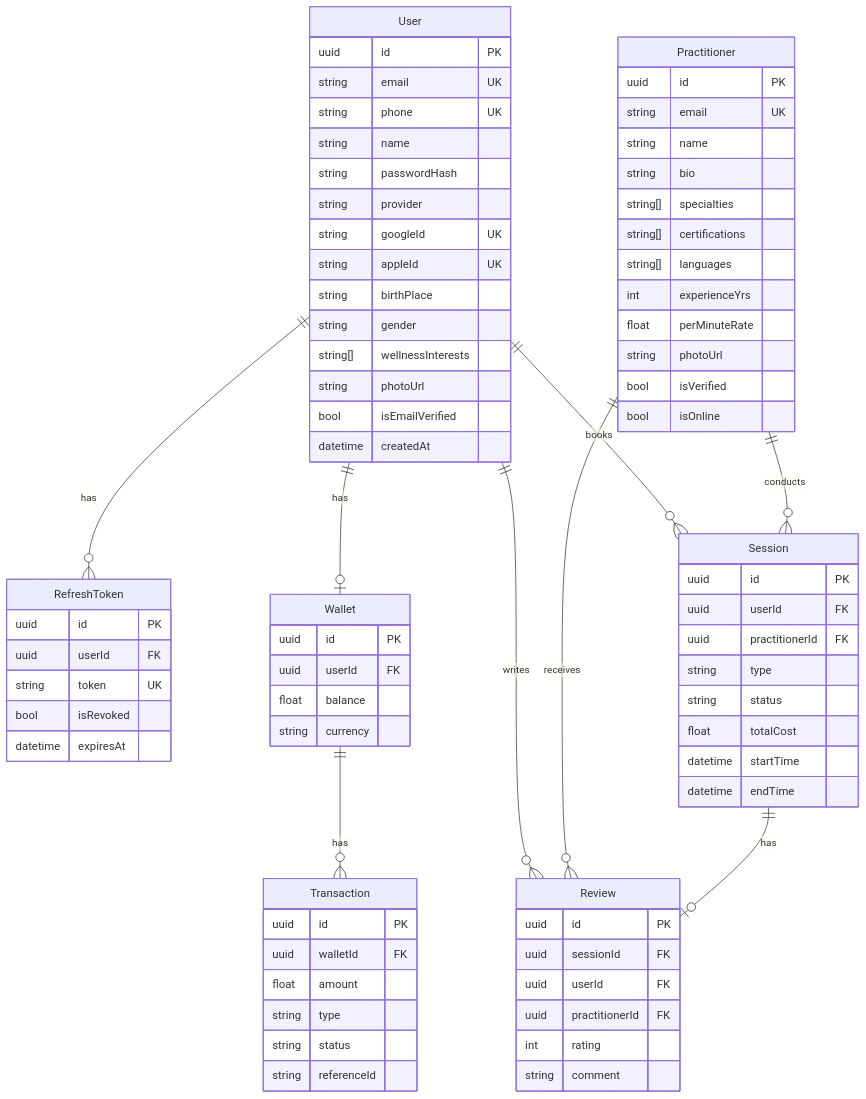
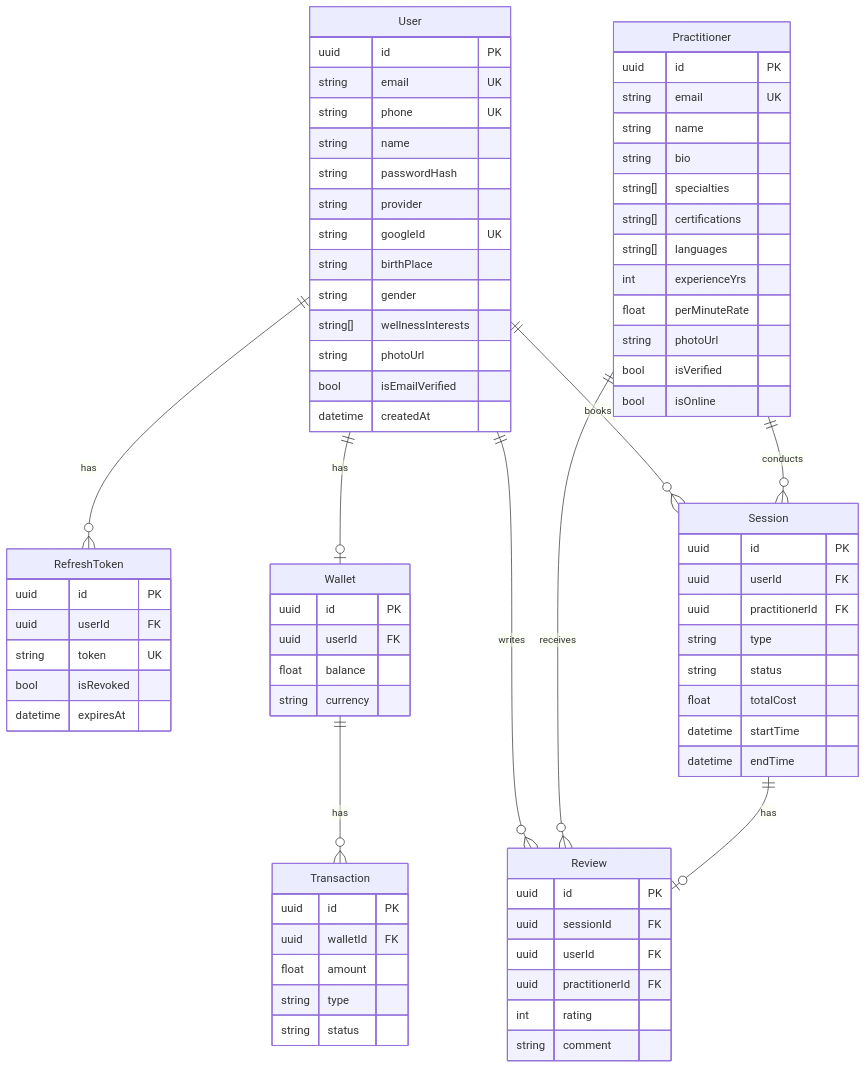
The second of 2 diagrams in README.md (DeepakdevilB/Heal_Connect), drawn with Mermaid before and after one commit. The commit also changed other lines of this file, not shown here.

````diff
--- a/README.md
+++ b/README.md
@@ -157,9 +222,5 @@
 ```mermaid
 erDiagram
-    style User fill:#1e1b4b
-    style Practitioner fill:#14532d
-    style Session fill:#431407
-
     User {
         uuid id PK
         string email UK
@@ -168,7 +229,6 @@
         string passwordHash
         string provider
         string googleId UK
-        string appleId UK
         string birthPlace
         string gender
         string[] wellnessInterests
@@ -213,7 +273,6 @@
         float amount
         string type
         string status
-        string referenceId
     }
 
     Session {
````
